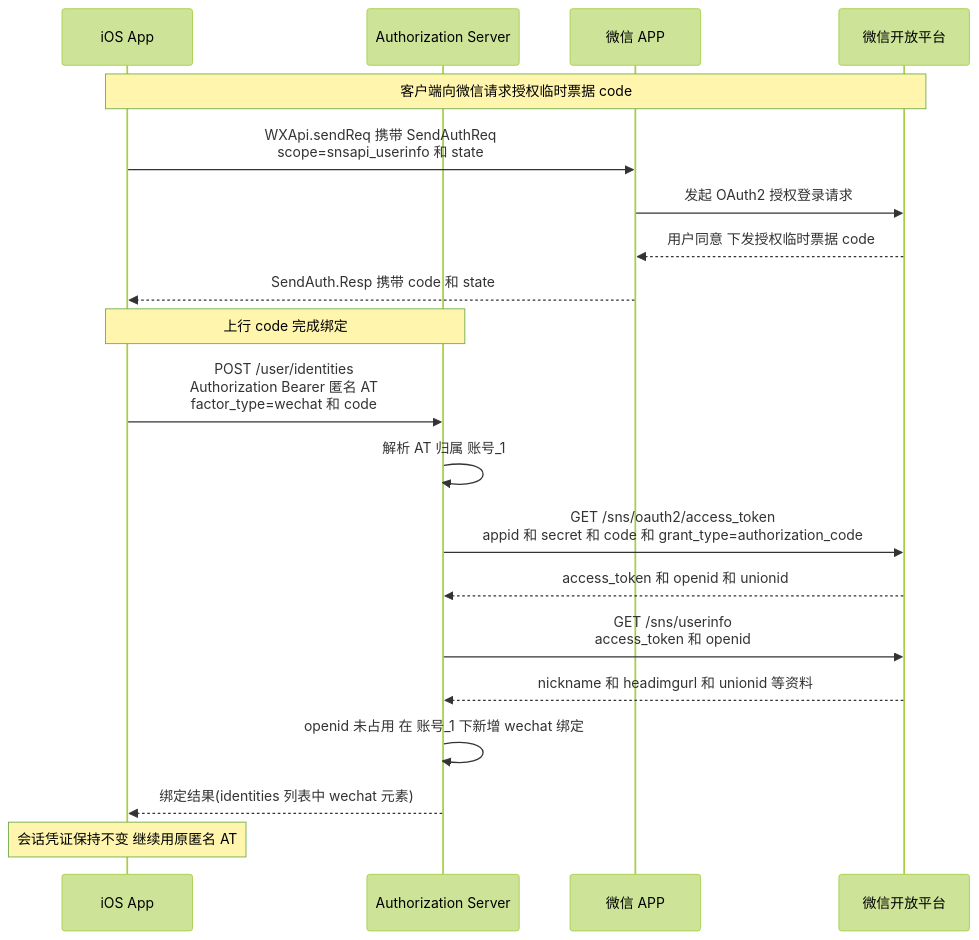
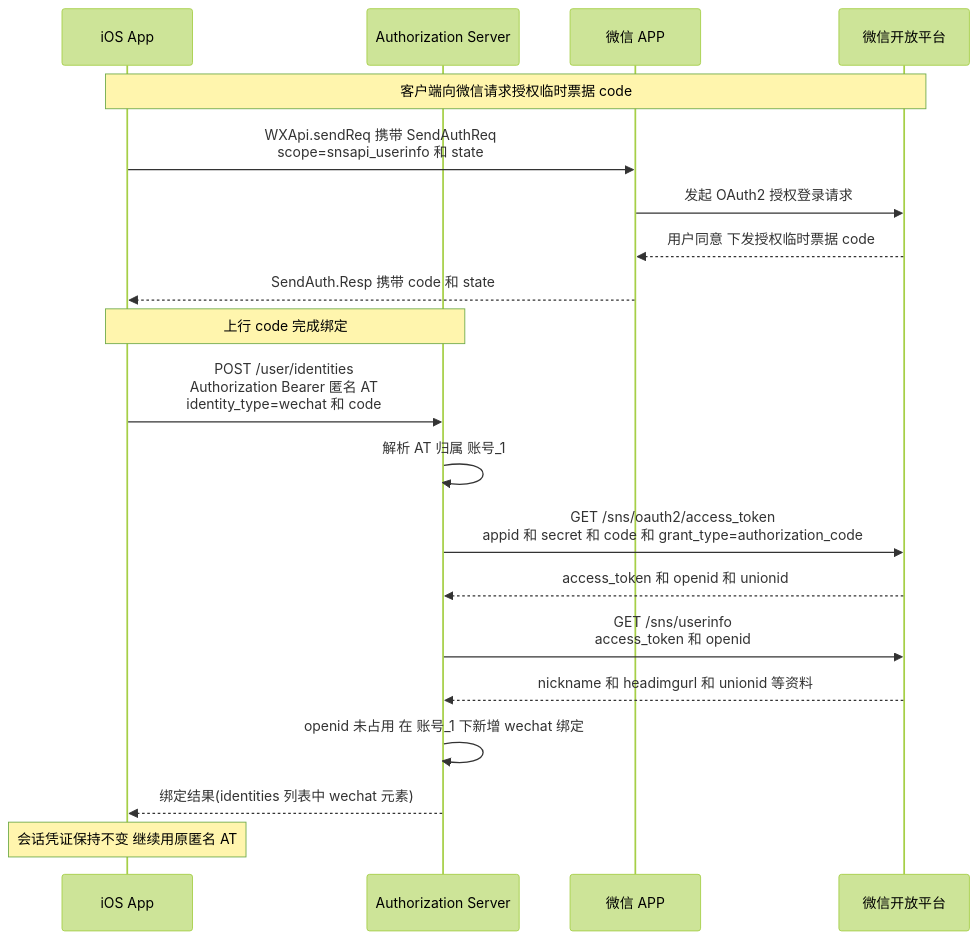
One commit to euler-projects/demo changed the first of 2 diagrams in user-center/doc/apis/zh-cn/App-Attest-Login-#-WeChat.md. Above: the diagram before and after it, drawn with Mermaid (forest theme). The commit also changed other lines of this file and 18 other files, not shown here.

````diff
--- a/user-center/doc/apis/zh-cn/App-Attest-Login-#-WeChat.md
+++ b/user-center/doc/apis/zh-cn/App-Attest-Login-#-WeChat.md
@@ -36,24 +36,24 @@
 ```mermaid
 sequenceDiagram
     participant App as iOS App
     participant Server as Authorization Server
     participant WX as 微信 APP
     participant WXOpen as 微信开放平台
 
     Note over App,WXOpen: 客户端向微信请求授权临时票据 code
     App->>WX: WXApi.sendReq 携带 SendAuthReq<br/>scope=snsapi_userinfo 和 state
     WX->>WXOpen: 发起 OAuth2 授权登录请求
     WXOpen-->>WX: 用户同意 下发授权临时票据 code
     WX-->>App: SendAuth.Resp 携带 code 和 state
 
     Note over App,Server: 上行 code 完成绑定
-    App->>Server: POST /user/identities<br/>Authorization Bearer 匿名 AT<br/>factor_type=wechat 和 code
+    App->>Server: POST /user/identities<br/>Authorization Bearer 匿名 AT<br/>identity_type=wechat 和 code
     Server->>Server: 解析 AT 归属 账号_1
     Server->>WXOpen: GET /sns/oauth2/access_token<br/>appid 和 secret 和 code 和 grant_type=authorization_code
     WXOpen-->>Server: access_token 和 openid 和 unionid
     Server->>WXOpen: GET /sns/userinfo<br/>access_token 和 openid
     WXOpen-->>Server: nickname 和 headimgurl 和 unionid 等资料
     Server->>Server: openid 未占用 在 账号_1 下新增 wechat 绑定
     Server-->>App: 绑定结果(identities 列表中 wechat 元素)
     Note over App: 会话凭证保持不变 继续用原匿名 AT
 ```
````
